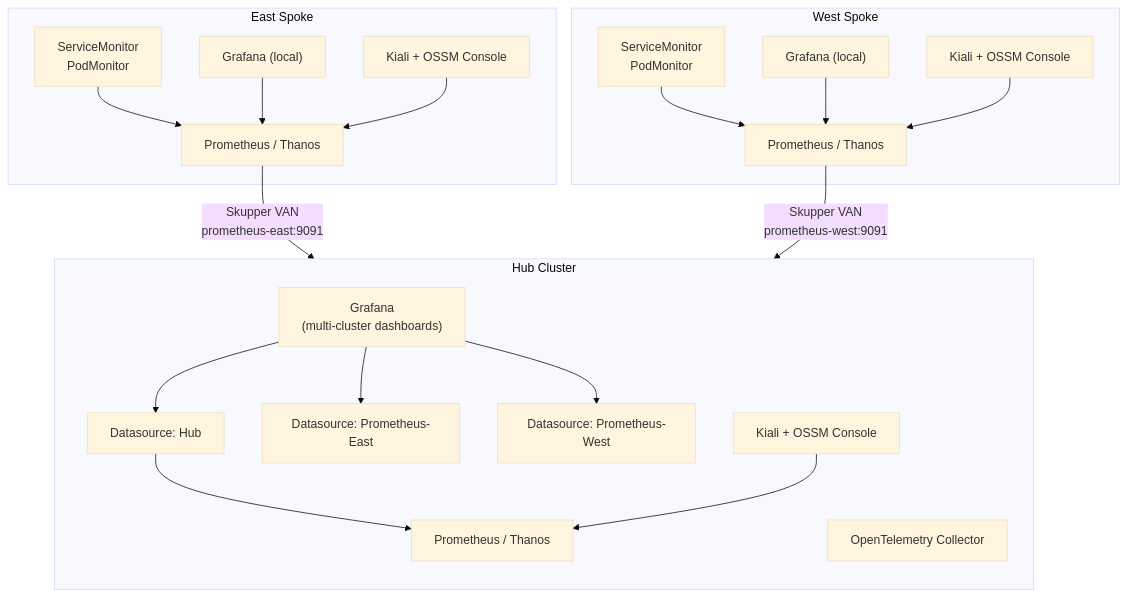
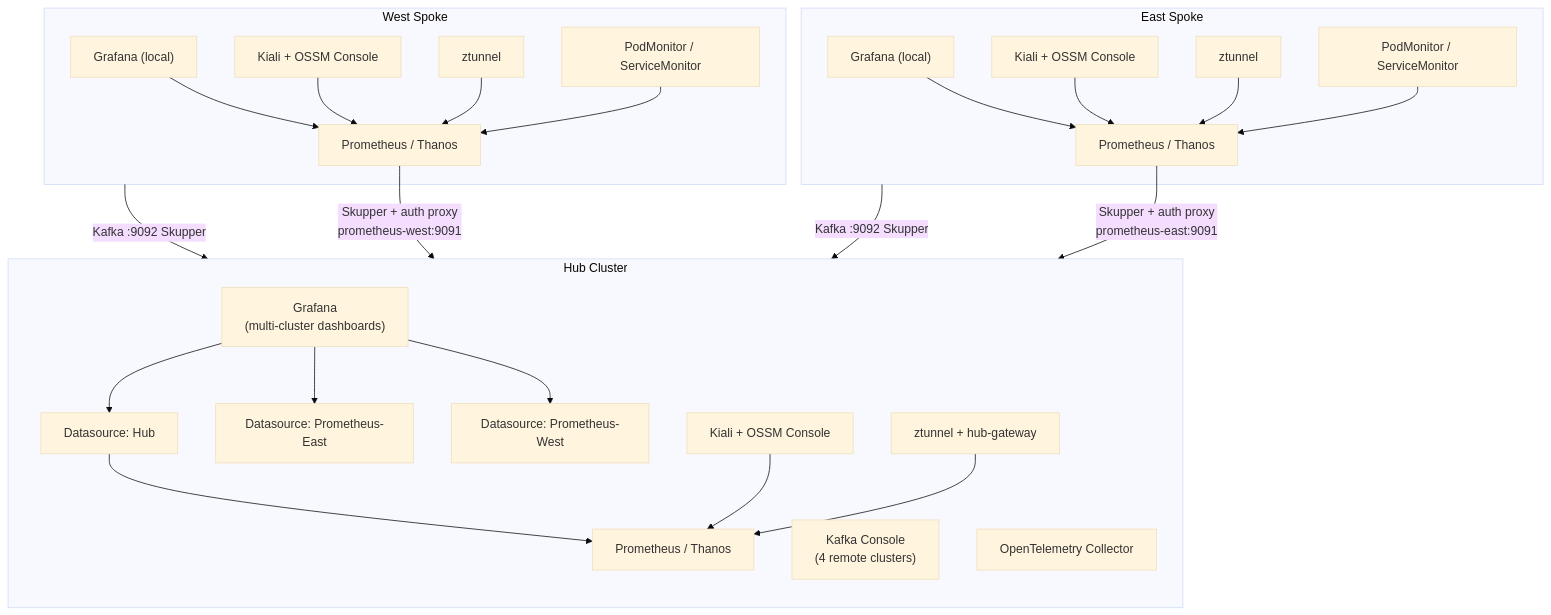
Before and after one commit to maximilianoPizarro/platform-hub-spoke-config: the diagram in docs/observability.md, drawn with Mermaid (base theme). The commit also changed other lines of this file and 7 other files, not shown here.

First line of the commit message:
docs: update skills and docs for OSSM3 GA, Kiali, Kafka Console

````diff
--- a/docs/observability.md
+++ b/docs/observability.md
@@ -13,40 +13,49 @@
 ```mermaid
 flowchart TB
   subgraph Hub["Hub Cluster"]
     direction TB
     GRAFANA_H["Grafana<br/>(multi-cluster dashboards)"]
     KIALI_H["Kiali + OSSM Console"]
+    KAFKA_C["Kafka Console<br/>(4 remote clusters)"]
     OTEL_H["OpenTelemetry Collector"]
     PROM_H["Prometheus / Thanos"]
+    ZT_H["ztunnel + hub-gateway"]
     DS_LOCAL["Datasource: Hub"]
     DS_EAST["Datasource: Prometheus-East"]
     DS_WEST["Datasource: Prometheus-West"]
     GRAFANA_H --> DS_LOCAL --> PROM_H
     GRAFANA_H --> DS_EAST
     GRAFANA_H --> DS_WEST
     KIALI_H --> PROM_H
+    ZT_H --> PROM_H
   end
 
   subgraph East["East Spoke"]
     GRAFANA_E["Grafana (local)"]
     KIALI_E["Kiali + OSSM Console"]
     PROM_E["Prometheus / Thanos"]
-    SM_E["ServiceMonitor<br/>PodMonitor"]
+    ZT_E["ztunnel"]
+    SM_E["PodMonitor / ServiceMonitor"]
     SM_E --> PROM_E
+    ZT_E --> PROM_E
     GRAFANA_E --> PROM_E
     KIALI_E --> PROM_E
   end
 
   subgraph West["West Spoke"]
     GRAFANA_W["Grafana (local)"]
     KIALI_W["Kiali + OSSM Console"]
     PROM_W["Prometheus / Thanos"]
-    SM_W["ServiceMonitor<br/>PodMonitor"]
+    ZT_W["ztunnel"]
+    SM_W["PodMonitor / ServiceMonitor"]
     SM_W --> PROM_W
+    ZT_W --> PROM_W
     GRAFANA_W --> PROM_W
     KIALI_W --> PROM_W
   end
 
-  PROM_E -->|"Skupper VAN<br/>prometheus-east:9091"| DS_EAST
-  PROM_W -->|"Skupper VAN<br/>prometheus-west:9091"| DS_WEST
+  PROM_E -->|"Skupper + auth proxy<br/>prometheus-east:9091"| DS_EAST
+  PROM_W -->|"Skupper + auth proxy<br/>prometheus-west:9091"| DS_WEST
+  East -->|"Kafka :9092 Skupper"| KAFKA_C
+  West -->|"Kafka :9092 Skupper"| KAFKA_C
 ```
````
